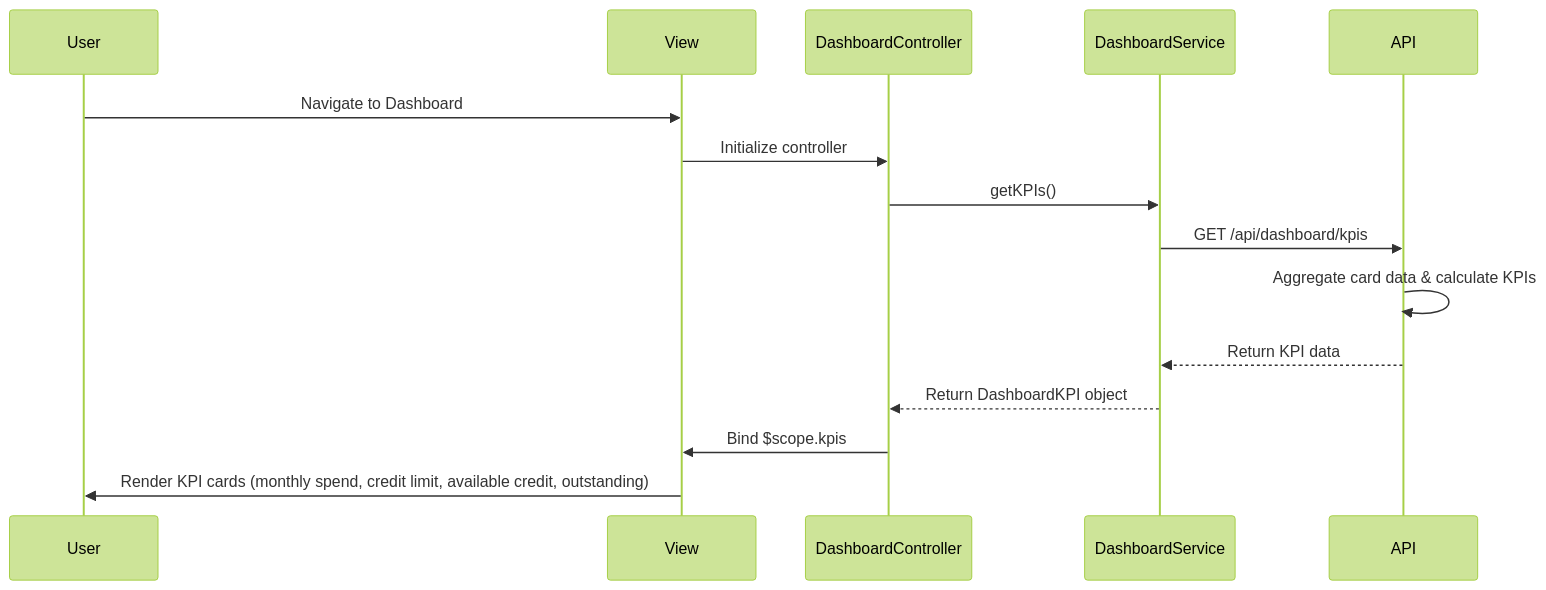
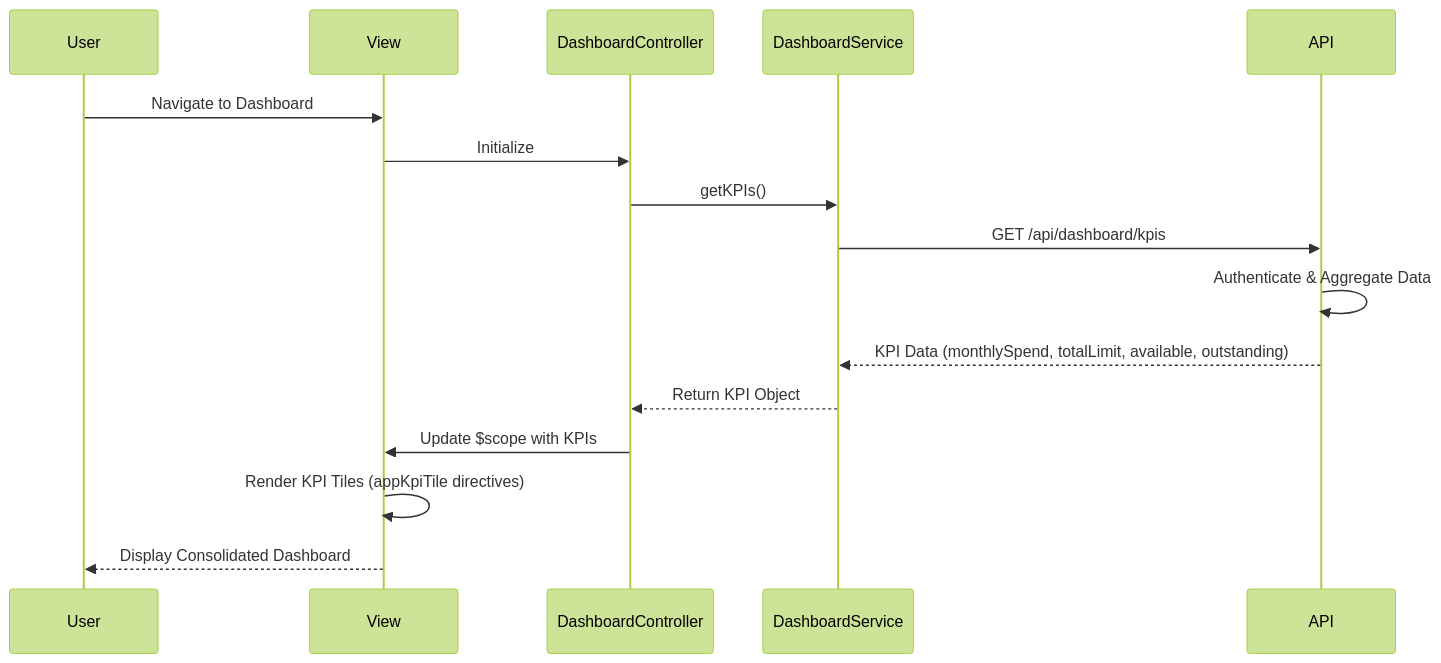
Before and after one commit to Davamani-git/APB_Demo: the diagram in LLD/QE-4860_LLD.md, drawn with Mermaid (forest theme). The commit also changed other lines of this file, not shown here.

````diff
--- a/LLD/QE-4860_LLD.md
+++ b/LLD/QE-4860_LLD.md
@@ -66,18 +66,19 @@
 ```mermaid
 sequenceDiagram
     participant User
     participant View
     participant DashboardController
     participant DashboardService
     participant API
     
     User->>View: Navigate to Dashboard
-    View->>DashboardController: Initialize controller
+    View->>DashboardController: Initialize
     DashboardController->>DashboardService: getKPIs()
     DashboardService->>API: GET /api/dashboard/kpis
-    API->>API: Aggregate card data & calculate KPIs
-    API-->>DashboardService: Return KPI data
-    DashboardService-->>DashboardController: Return DashboardKPI object
-    DashboardController->>View: Bind $scope.kpis
-    View->>User: Render KPI cards (monthly spend, credit limit, available credit, outstanding)
+    API->>API: Authenticate & Aggregate Data
+    API-->>DashboardService: KPI Data (monthlySpend, totalLimit, available, outstanding)
+    DashboardService-->>DashboardController: Return KPI Object
+    DashboardController->>View: Update $scope with KPIs
+    View->>View: Render KPI Tiles (appKpiTile directives)
+    View-->>User: Display Consolidated Dashboard
 ```
````
